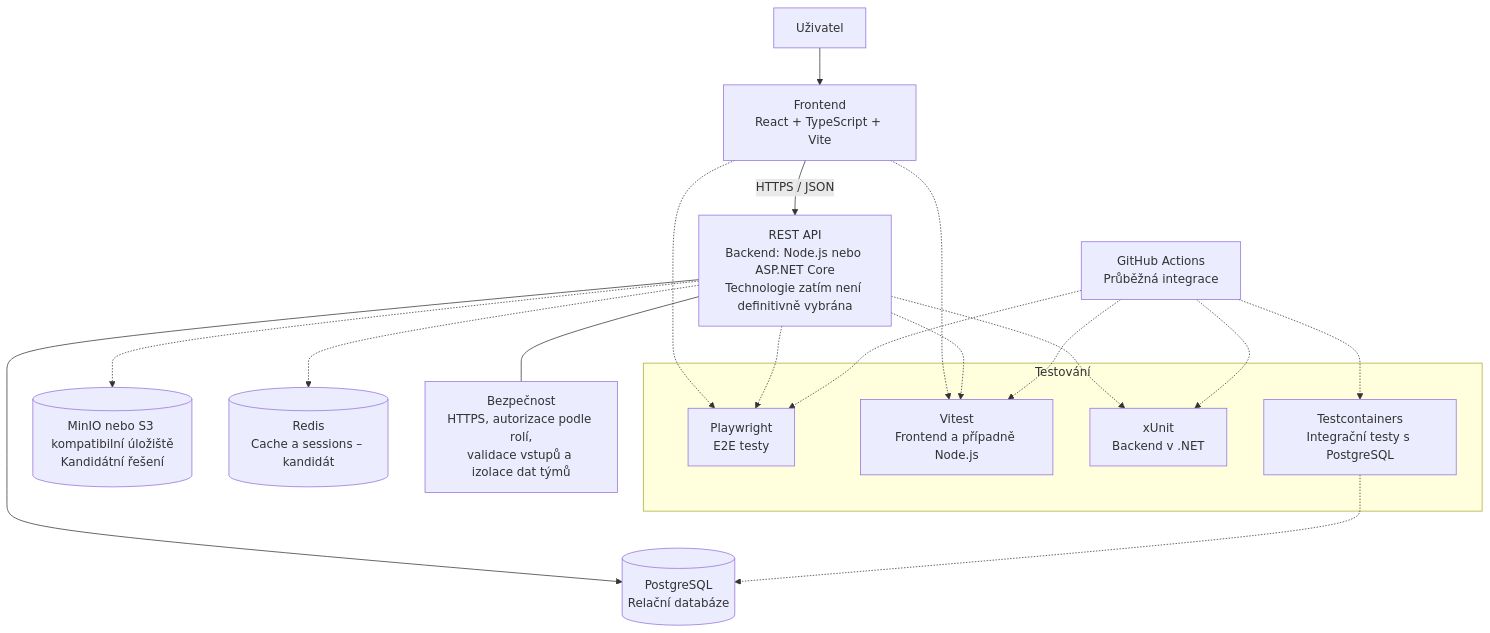
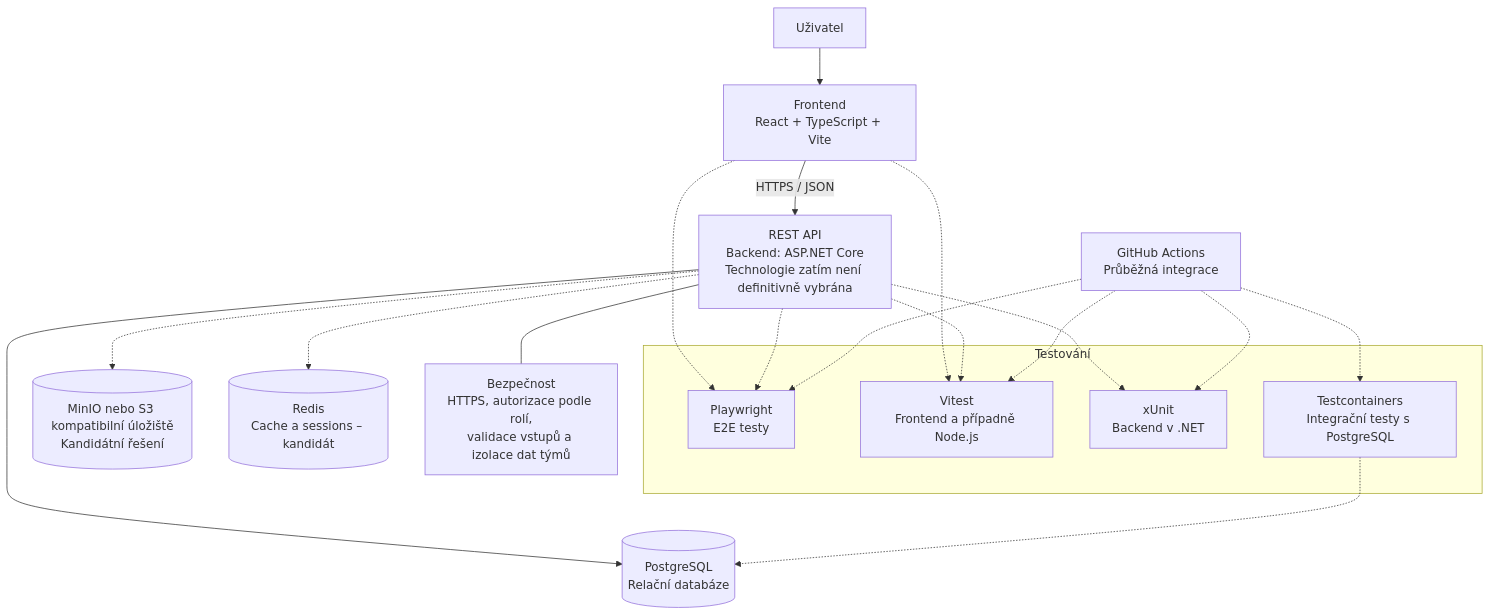
One commit to KulisciOsu/StudentFlow changed the diagram in documents/ELABORATION/TECHNOLOGICAL_DESIGN.md. Above: the diagram before and after it, drawn with Mermaid.

Commit message:
Update backend technology to ASP.NET Core in design doc

````diff
--- a/documents/ELABORATION/TECHNOLOGICAL_DESIGN.md
+++ b/documents/ELABORATION/TECHNOLOGICAL_DESIGN.md
@@ -33,43 +33,43 @@
 ```mermaid
 flowchart TD
     U["Uživatel"]
 
     FE["Frontend<br/>React + TypeScript + Vite"]
 
-    API["REST API<br/>Backend: Node.js nebo ASP.NET Core<br/>Technologie zatím není definitivně vybrána"]
+    API["REST API<br/>Backend: ASP.NET Core<br/>Technologie zatím není definitivně vybrána"]
 
     DB[("PostgreSQL<br/>Relační databáze")]
 
     FS[("MinIO nebo S3 kompatibilní úložiště<br/>Kandidátní řešení")]
 
     REDIS[("Redis<br/>Cache a sessions – kandidát")]
 
     U --> FE
     FE -->|"HTTPS / JSON"| API
     API --> DB
     API -.-> FS
     API -.-> REDIS
 
     subgraph TESTS["Testování"]
         PW["Playwright<br/>E2E testy"]
         VITEST["Vitest<br/>Frontend a případně Node.js"]
         XUNIT["xUnit<br/>Backend v .NET"]
         TC["Testcontainers<br/>Integrační testy s PostgreSQL"]
     end
 
     FE -.-> PW
     API -.-> PW
     FE -.-> VITEST
     API -.-> VITEST
     API -.-> XUNIT
     TC -.-> DB
 
     CI["GitHub Actions<br/>Průběžná integrace"]
     CI -.-> PW
     CI -.-> VITEST
     CI -.-> XUNIT
     CI -.-> TC
 
     SEC["Bezpečnost<br/>HTTPS, autorizace podle rolí,<br/>validace vstupů a izolace dat týmů"]
     API --- SEC
 ```
````
